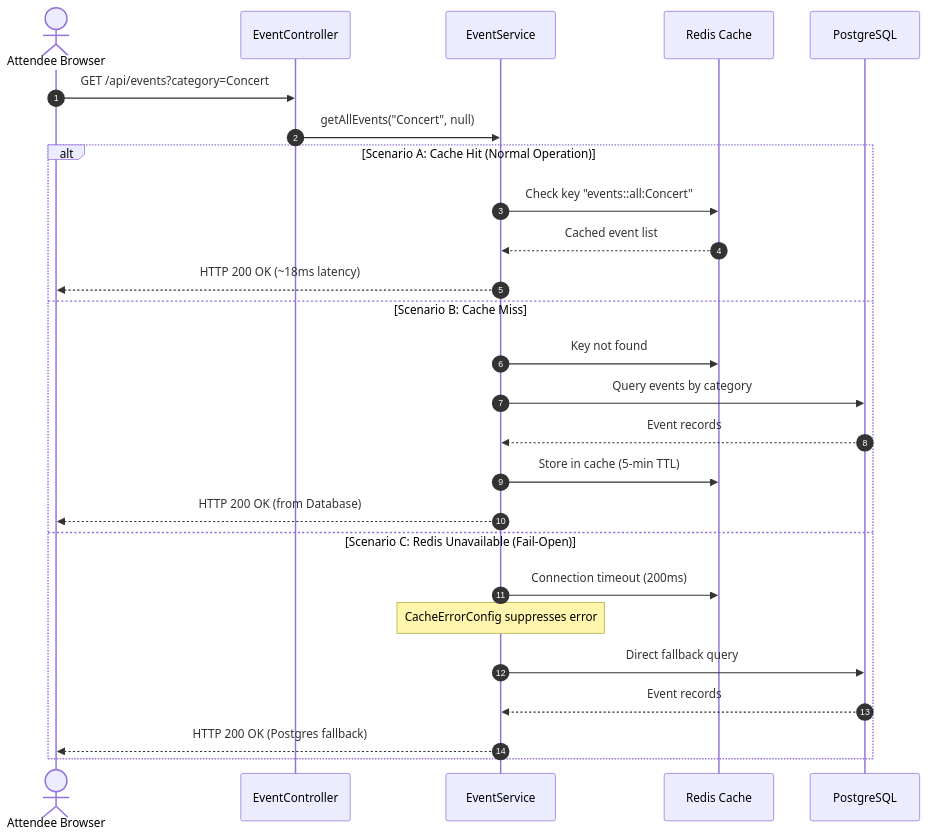
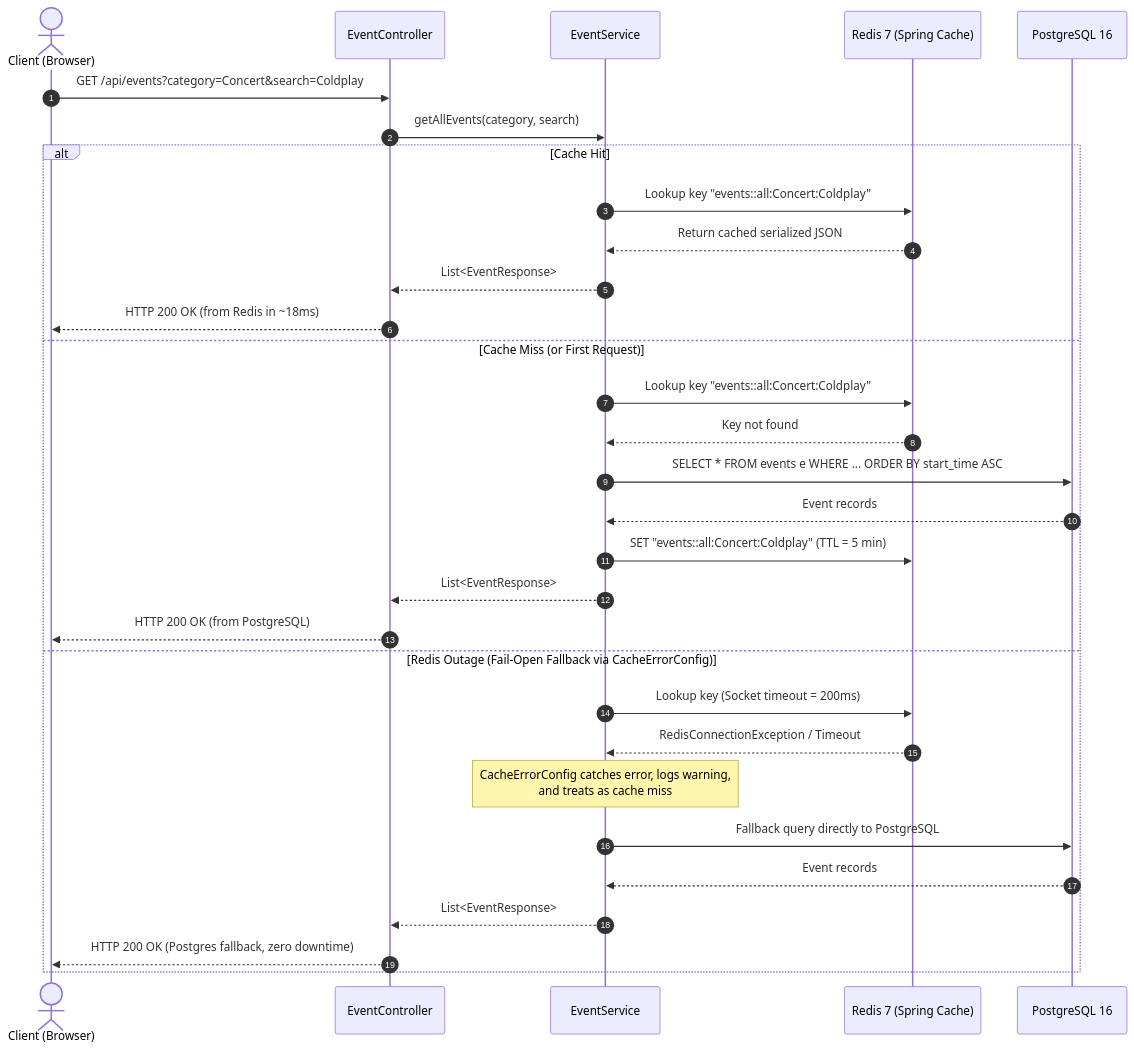
Before and after one commit to asyncsourav/quicktix: the first of 3 diagrams in architecture/master-workflow.md, drawn with Mermaid. The commit also changed other lines of this file and 11 other files, not shown here.

Commit message:
docs: Refactor all READMEs and architecture docs to first-person engineering voice

````diff
--- a/architecture/master-workflow.md
+++ b/architecture/master-workflow.md
@@ -52,30 +56,35 @@
 ```mermaid
 sequenceDiagram
     autonumber
-    actor Client as Attendee Browser
-    participant API as EventController
+    actor User as Client (Browser)
+    participant Ctrl as EventController
     participant Svc as EventService
-    participant Redis as Redis Cache
-    participant DB as PostgreSQL
+    participant Cache as Redis 7 (Spring Cache)
+    participant DB as PostgreSQL 16
 
-    Client->>API: GET /api/events?category=Concert
-    API->>Svc: getAllEvents("Concert", null)
-
-    alt Scenario A: Cache Hit (Normal Operation)
-        Svc->>Redis: Check key "events::all:Concert"
-        Redis-->>Svc: Cached event list
-        Svc-->>Client: HTTP 200 OK (~18ms latency)
-    else Scenario B: Cache Miss
-        Svc->>Redis: Key not found
-        Svc->>DB: Query events by category
+    User->>Ctrl: GET /api/events?category=Concert&search=Coldplay
+    Ctrl->>Svc: getAllEvents(category, search)
+    
+    alt Cache Hit
+        Svc->>Cache: Lookup key "events::all:Concert:Coldplay"
+        Cache-->>Svc: Return cached serialized JSON
+        Svc-->>Ctrl: List<EventResponse>
+        Ctrl-->>User: HTTP 200 OK (from Redis in ~18ms)
+    else Cache Miss (or First Request)
+        Svc->>Cache: Lookup key "events::all:Concert:Coldplay"
+        Cache-->>Svc: Key not found
+        Svc->>DB: SELECT * FROM events e WHERE ... ORDER BY start_time ASC
         DB-->>Svc: Event records
-        Svc->>Redis: Store in cache (5-min TTL)
-        Svc-->>Client: HTTP 200 OK (from Database)
-    else Scenario C: Redis Unavailable (Fail-Open)
-        Svc->>Redis: Connection timeout (200ms)
-        Note over Svc: CacheErrorConfig suppresses error
-        Svc->>DB: Direct fallback query
+        Svc->>Cache: SET "events::all:Concert:Coldplay" (TTL = 5 min)
+        Svc-->>Ctrl: List<EventResponse>
+        Ctrl-->>User: HTTP 200 OK (from PostgreSQL)
+    else Redis Outage (Fail-Open Fallback via CacheErrorConfig)
+        Svc->>Cache: Lookup key (Socket timeout = 200ms)
+        Cache-->>Svc: RedisConnectionException / Timeout
+        Note over Svc: CacheErrorConfig catches error, logs warning,<br/>and treats as cache miss
+        Svc->>DB: Fallback query directly to PostgreSQL
         DB-->>Svc: Event records
-        Svc-->>Client: HTTP 200 OK (Postgres fallback)
+        Svc-->>Ctrl: List<EventResponse>
+        Ctrl-->>User: HTTP 200 OK (Postgres fallback, zero downtime)
     end
 ```
````
